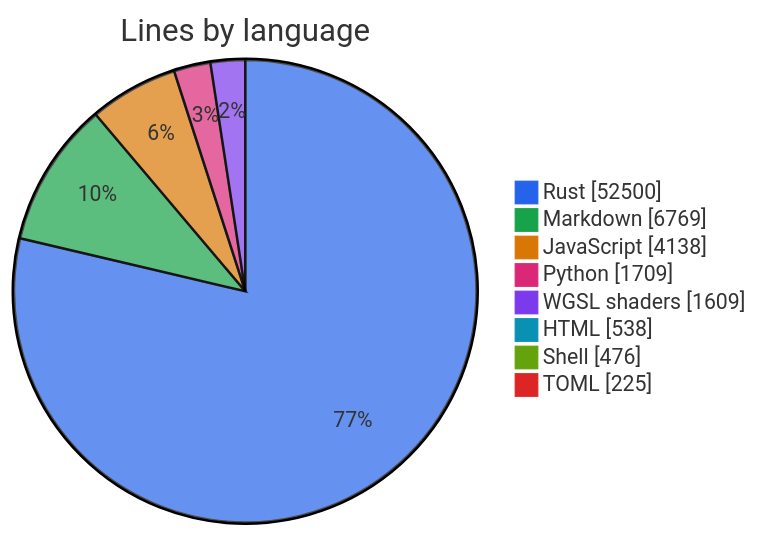
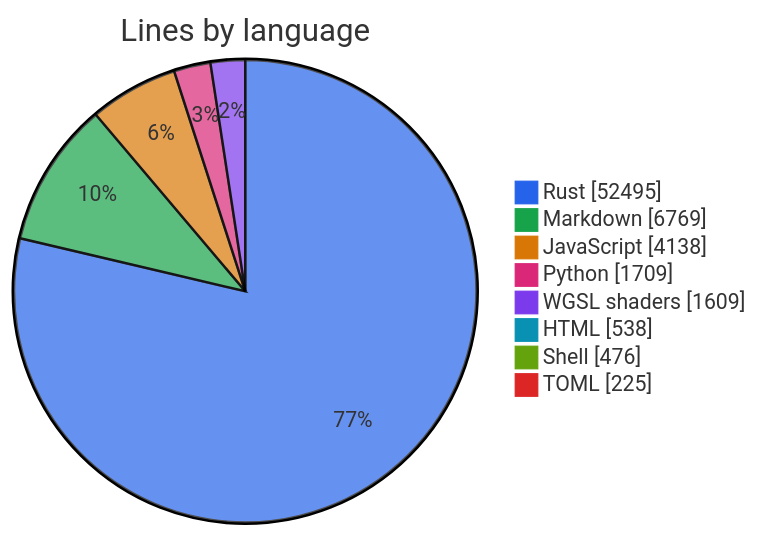
Before and after one commit to thomascherickal/ferrum-gpu: the first of 2 diagrams in metrics.md, drawn with Mermaid. The commit also changed other lines of this file and 48 other files, not shown here.

````diff
--- a/metrics.md
+++ b/metrics.md
@@ -22,12 +22,12 @@
 ```mermaid
 %%{init: {"theme": "base", "themeVariables": {"pie1": "#2563eb", "pie2": "#16a34a", "pie3": "#d97706", "pie4": "#db2777", "pie5": "#7c3aed", "pie6": "#0891b2", "pie7": "#65a30d", "pie8": "#dc2626"}}}%%
 pie showData title Lines by language
-    "Rust" : 52500
+    "Rust" : 52495
     "Markdown" : 6769
     "JavaScript" : 4138
     "Python" : 1709
     "WGSL shaders" : 1609
     "HTML" : 538
     "Shell" : 476
     "TOML" : 225
 ```
````
